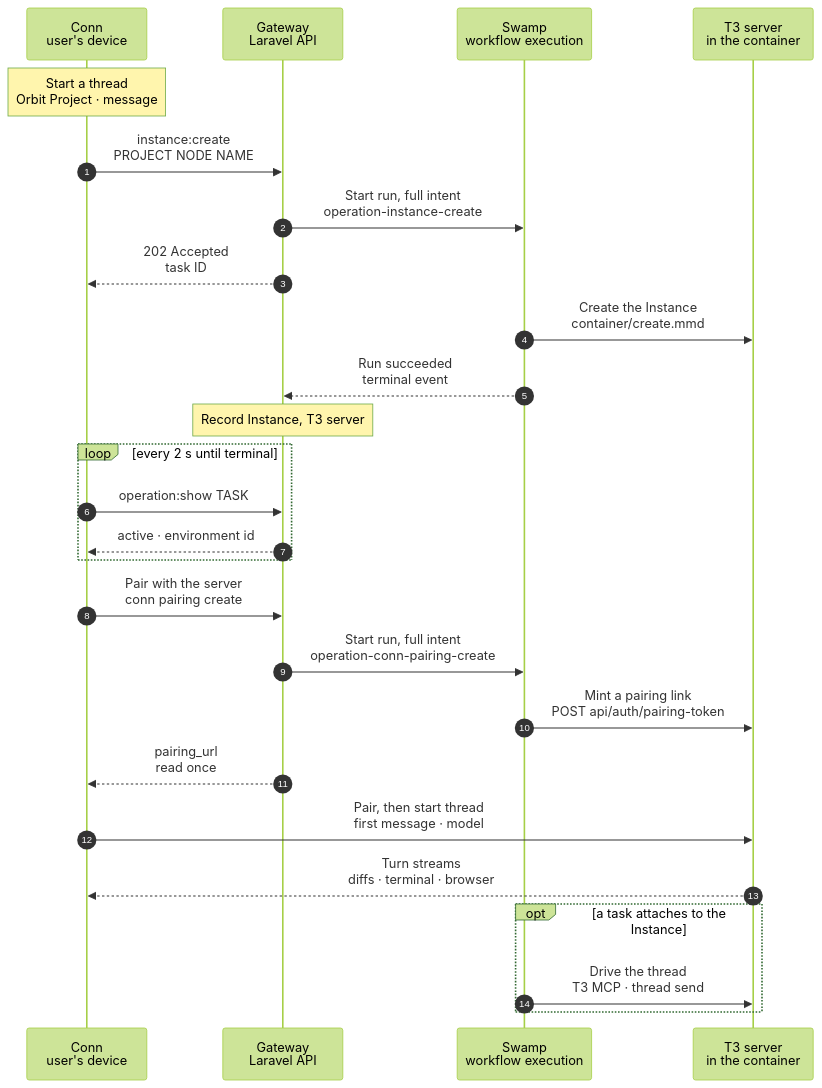
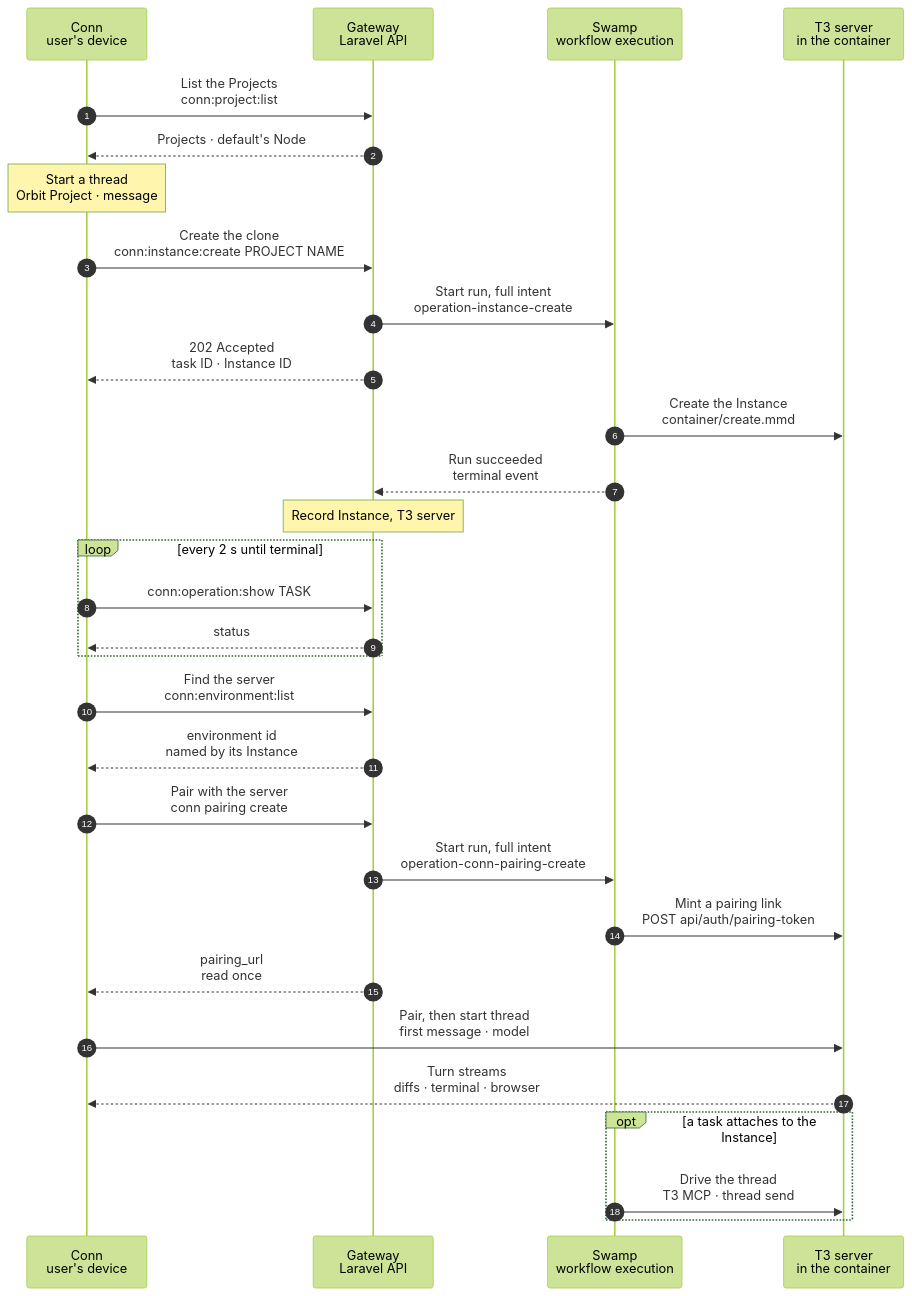
The diagram in docs/cli/instance/container/thread.mmd (hardimpactdev/orbit), drawn with Mermaid (forest theme) before and after one commit. The commit also changed 3 other files, not shown here.

First line of the commit message:
docs: start a thread in an Orbit Project from Conn (ADR 0250 step 8, PR 14 spec)

```diff
--- a/docs/cli/instance/container/thread.mmd
+++ b/docs/cli/instance/container/thread.mmd
@@ -1,55 +1,67 @@
 sequenceDiagram
   %% Target design, container runtime (ADR 0250 step 8, docs/reference/development-containers.md#threads): Conn's own flow when a user starts a thread in an Orbit Project. It uses only public Orbit operations and T3's own API; Conn is drawn because this is Conn's flow, not a command chart. A task that attaches later drives the same thread.
   %% status: draft
   %% command: none · Conn thread start
   %% kind: none
   autonumber
   %% lane CONN icon=terminal pill=caller tone=gray
   %% lane GW icon=gateway pill=intent tone=blue
   %% lane SW icon=workflow pill=executes tone=green
   %% lane T3 icon=server pill=target tone=purple
   participant CONN as Conn<br/>user's device
   participant GW as Gateway<br/>Laravel API
   participant SW as Swamp<br/>workflow execution
   participant T3 as T3 server<br/>in the container
+  CONN->>GW: List the Projects<br/>conn:project:list
+  %%> What it returns:
+  %%> - each Project whose default Instance runs in a container, is active and has a seed snapshot, on a Node the device has node access to
+  GW-->>CONN: Projects · default's Node
   Note over CONN: Start a thread<br/>Orbit Project · message
   %%> What the user does:
-  %%> - picks an Orbit Project and a Node, and writes the first message
+  %%> - picks an Orbit Project and writes the first message
   %%> What Conn proposes:
-  %%> - an Instance name from the message; the Instance is always a clone of the Project's default Instance on the Node, with a clone of its database
-  CONN->>GW: instance:create<br/>PROJECT NODE NAME
+  %%> - an Instance name from the message with a short random suffix; the Instance is always a clone of the Project's default Instance on the default's Node, with a clone of its database
+  %%> - Conn keeps the message, the name and each step it finished on the device, so a reload resumes the same thread start
+  CONN->>GW: Create the clone<br/>conn:instance:create PROJECT NAME
   %%> Requirements:
-  %%> - the device's Node has node access to the target Node, the same edge that Conn needs to pair
+  %%> - the device's Node has node access to the default's Node, the same edge that Conn needs to pair
+  %%> What it does:
+  %%> - admits `instance.create` with the default's Node, as `instance:create PROJECT NODE NAME` does
   GW->>SW: Start run, full intent<br/>operation-instance-create
-  GW-->>CONN: 202 Accepted<br/>task ID
+  GW-->>CONN: 202 Accepted<br/>task ID · Instance ID
   SW->>T3: Create the Instance<br/>container/create.mmd
   %%> What it does:
   %%> - the whole create: the clone of the default container and database, the workspace, the first T3 start, the Processes, the Route and the registration
   SW-->>GW: Run succeeded<br/>terminal event
   Note over GW: Record Instance, T3 server
   loop every 2 s until terminal
-    CONN->>GW: operation:show TASK
-    GW-->>CONN: active · environment id
+    CONN->>GW: conn:operation:show TASK
+    GW-->>CONN: status
   end
+  CONN->>GW: Find the server<br/>conn:environment:list
+  GW-->>CONN: environment id<br/>named by its Instance
+  %%> Result:
+  %%> - each server of an Instance names its `instance_id` and the container's `power_state`; Conn shows a `stopped` server as asleep and wakes it on open with container/wake.mmd
   CONN->>GW: Pair with the server<br/>conn pairing create
   %%> What it does:
-  %%> - the usual pairing of docs/cli/conn/pairing-create.mmd: the Gateway admits it and waits up to 30 s for the run
+  %%> - the pairing of docs/cli/conn/pairing-create.mmd with `async: true`: Conn follows its task with conn:operation:show and reads the link once with conn:pairing:show
+  %%> - Conn pairs once: the device's own server sync joins this pairing instead of starting a second one
   GW->>SW: Start run, full intent<br/>operation-conn-pairing-create
   SW->>T3: Mint a pairing link<br/>POST api/auth/pairing-token
   %%> What it does:
   %%> - a one-time link, minted with the Gateway's session; the link goes to the vault, and the Gateway reads it once
   GW-->>CONN: pairing_url<br/>read once
   CONN->>T3: Pair, then start thread<br/>first message · model
   %%> What it does:
   %%> - Conn opens the pairing link, then starts the thread in the Instance's T3 project `/srv/workspace`, which the create added, with the first message
   %%> - from here Conn talks to the T3 server directly over WireGuard, as with any T3 server
   %%> - Conn sends a message during a turn with `queue`, so it never steers a turn that a task started
   T3-->>CONN: Turn streams<br/>diffs · terminal · browser
   opt a task attaches to the Instance
     SW->>T3: Drive the thread<br/>T3 MCP · thread send
     %%> What it does:
     %%> - while the task flow runs, Swamp sends turns with `queue`, waits for each by its run id and reads only that run's result, with the Gateway's session
     %%> - the user sees every turn in the same thread; a message the user sends during a turn is queued by T3
     %%> When the task pauses:
     %%> - Swamp sends nothing more, and the user drives from the thread
   end
```
